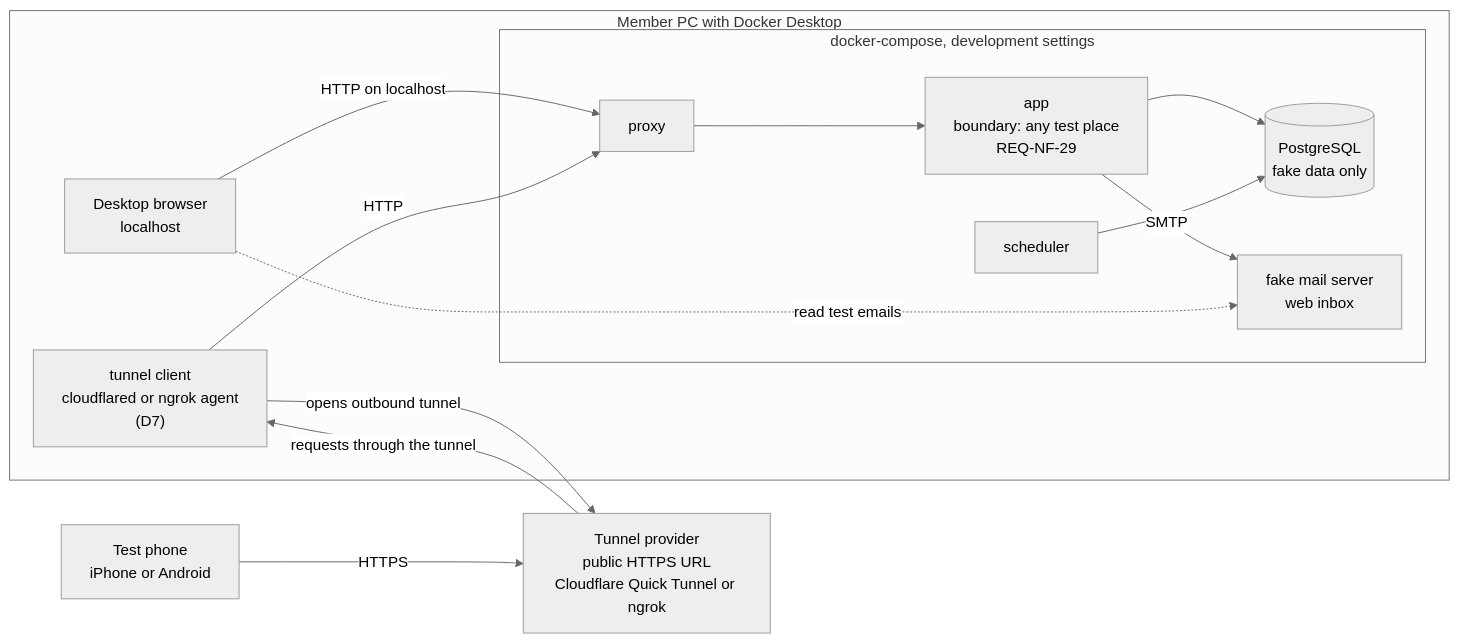
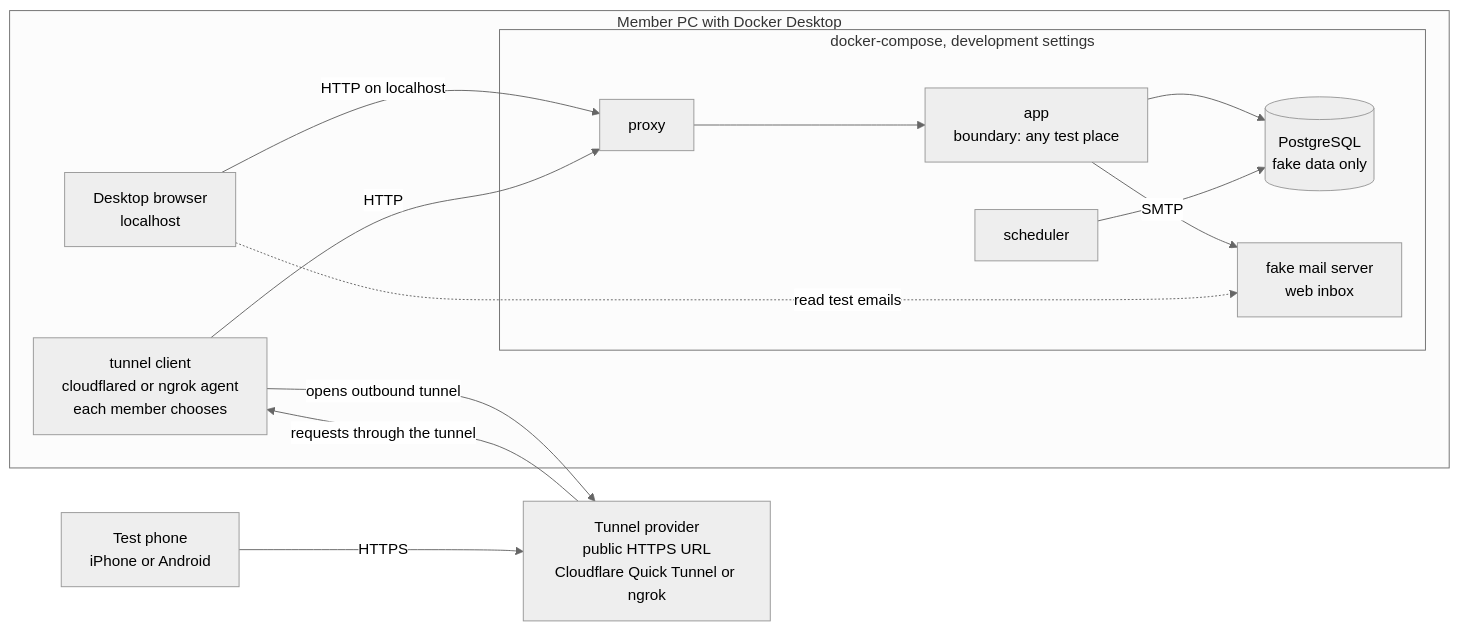
One commit to Th3-Minorities/natatorio-gym-app changed the third of 5 diagrams in docs/design/architecture.md. Above: the diagram before and after it, drawn with Mermaid (neutral theme). The commit also changed other lines of this file, not shown here.

Commit message:
Label each architecture diagram and move IDs out of the diagrams

````diff
--- a/docs/design/architecture.md
+++ b/docs/design/architecture.md
@@ -94,27 +107,27 @@
 ```mermaid
 flowchart LR
   subgraph PC["Member PC with Docker Desktop"]
     BR["Desktop browser<br/>localhost"]
     subgraph DEV["docker-compose, development settings"]
       PX1["proxy"]
-      APP1["app<br/>boundary: any test place<br/>REQ-NF-29"]
+      APP1["app<br/>boundary: any test place"]
       SCH1["scheduler"]
       DB1[("PostgreSQL<br/>fake data only")]
       FM["fake mail server<br/>web inbox"]
     end
-    TC["tunnel client<br/>cloudflared or ngrok agent<br/>(D7)"]
+    TC["tunnel client<br/>cloudflared or ngrok agent<br/>each member chooses"]
   end
   EDGE["Tunnel provider<br/>public HTTPS URL<br/>Cloudflare Quick Tunnel or ngrok"]
   PHONE["Test phone<br/>iPhone or Android"]
 
   BR -->|"HTTP on localhost"| PX1
   PHONE -->|"HTTPS"| EDGE
   TC -->|"opens outbound tunnel"| EDGE
   EDGE -->|"requests through the tunnel"| TC
   TC -->|"HTTP"| PX1
   PX1 --> APP1
   APP1 --> DB1
   SCH1 --> DB1
   APP1 -->|"SMTP"| FM
   BR -.->|"read test emails"| FM
 ```
````
